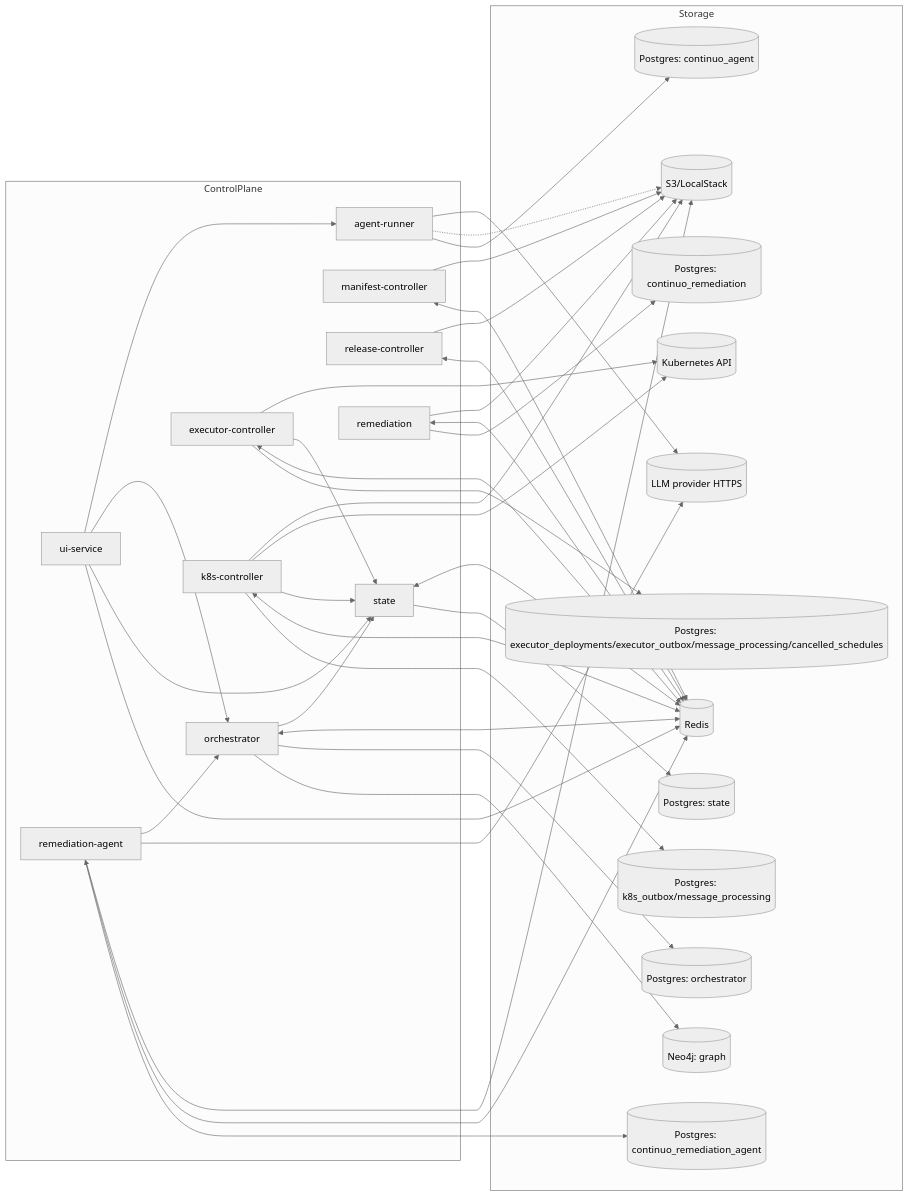
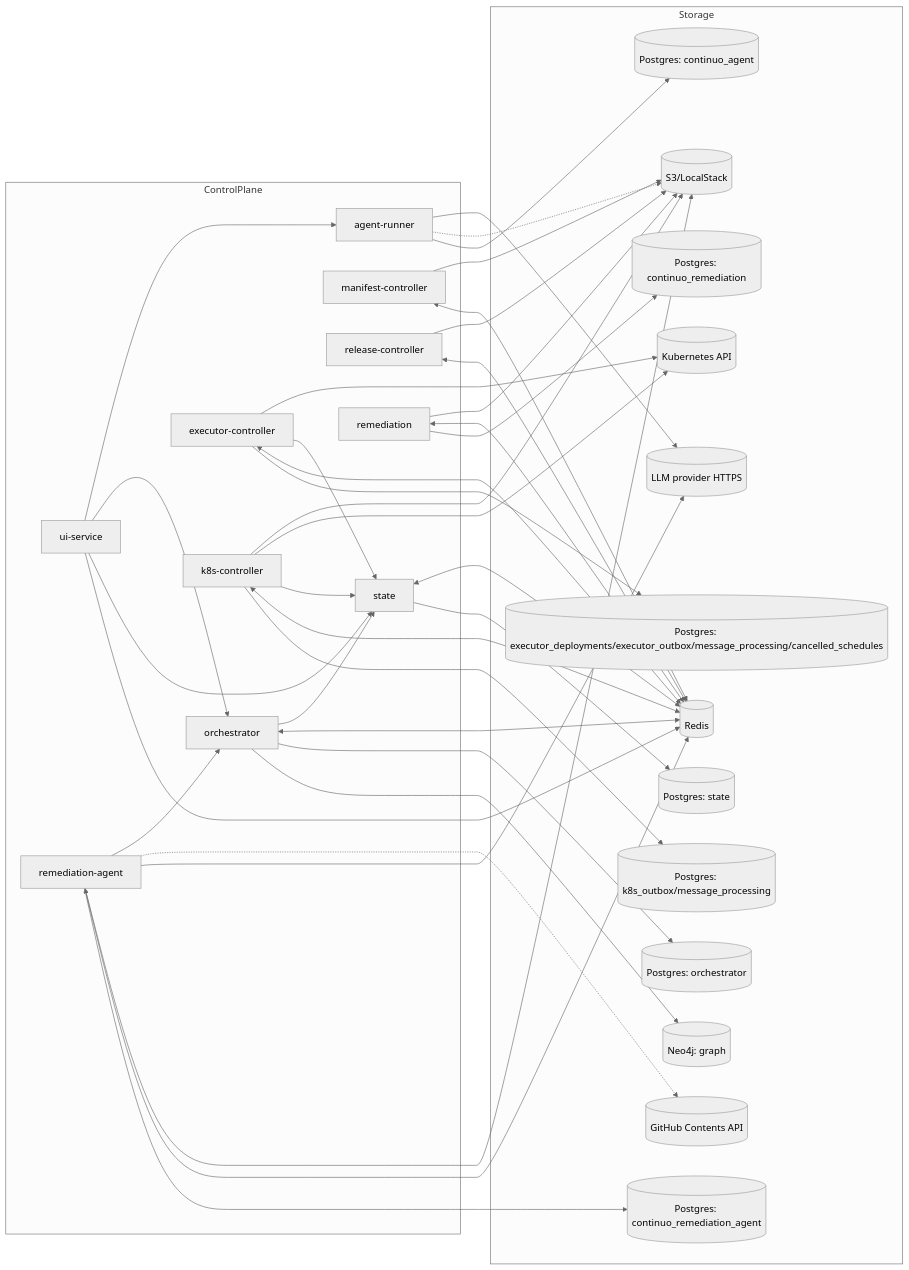
One commit to carolsimone/continuo changed the first of 2 diagrams in docs/arch/01-topology.md. Above: the diagram before and after it, drawn with Mermaid (neutral theme). The commit also changed 34 other files, not shown here.

First line of the commit message:
feat(remediation-agent): propose fixes against the real model source (read-only GitHub) (#195)

````diff
--- a/docs/arch/01-topology.md
+++ b/docs/arch/01-topology.md
@@ -5,68 +5,70 @@
 ```mermaid
 flowchart LR
   subgraph ControlPlane
     ST[state]
     OR[orchestrator]
     EC[executor-controller]
     KC[k8s-controller]
     MC[manifest-controller]
     RC[release-controller]
     UI[ui-service]
     AR[agent-runner]
     REM[remediation]
     REMA[remediation-agent]
   end
 
   subgraph Storage
     STDB[(Postgres: state)]
     ORPG[(Postgres: orchestrator)]
     GRDB[(Neo4j: graph)]
     ECPG[(Postgres: executor_deployments/executor_outbox/message_processing/cancelled_schedules)]
     KCPG[(Postgres: k8s_outbox/message_processing)]
     AGPG[(Postgres: continuo_agent)]
     REMPG[(Postgres: continuo_remediation)]
     REMAGPG[(Postgres: continuo_remediation_agent)]
     S3[(S3/LocalStack)]
     K8S[(Kubernetes API)]
     R[(Redis)]
     LLM[(LLM provider HTTPS)]
+    GH[(GitHub Contents API)]
   end
 
   ST --> STDB
   OR --> GRDB
   OR --> ORPG
   EC --> ECPG
   KC --> KCPG
   AR --> AGPG
   REM --> REMPG
   REMA --> REMAGPG
 
   ST <--> R
   OR <--> R
   EC <--> R
   KC <--> R
   MC <--> R
   RC <--> R
   UI --> R
   REM <--> R
   REMA <--> R
 
   OR --> ST
   EC --> ST
   KC --> ST
   UI --> ST
   UI --> OR
   UI --> AR
 
   EC --> K8S
   KC --> K8S
   KC --> S3
   MC --> S3
   RC --> S3
   AR -.-> S3
   AR --> LLM
   REM --> S3
   REMA --> S3
   REMA --> LLM
+  REMA -.-> GH
   REMA --> OR
 ```
````
